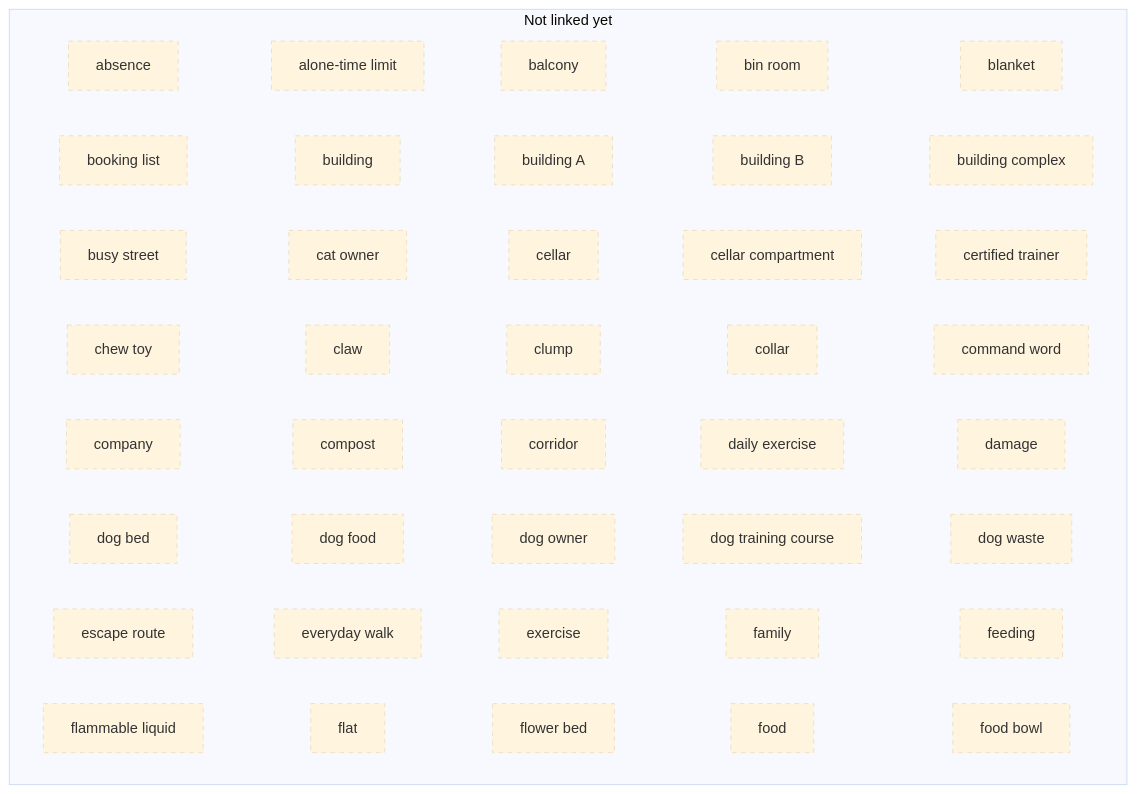
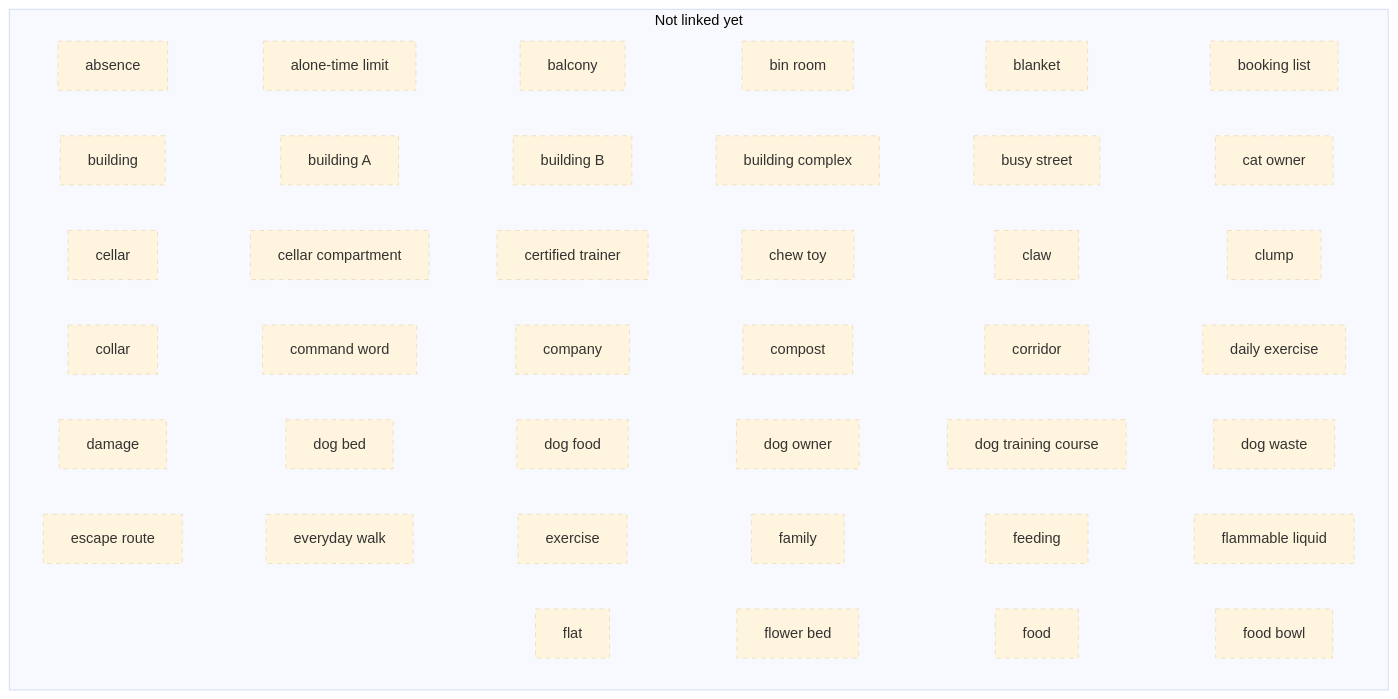
Diagram 13 of 57 in data/ontology-pets-and-house-rules/03_release/00_raw/level-2.md (belaboros/DomainAiAssistant), drawn with Mermaid (base theme) before and after one commit. The commit also changed other lines of this file and 16 other files, not shown here.

First line of the commit message:
T39 (spec 0002): level diagrams near 16:9, is-a edges in relation diagrams

````diff
--- a/data/ontology-pets-and-house-rules/03_release/00_raw/level-2.md
+++ b/data/ontology-pets-and-house-rules/03_release/00_raw/level-2.md
@@ -204,56 +212,55 @@
 ```mermaid
 flowchart TB
     classDef draft stroke-dasharray: 5 5
     subgraph unlinked["Not linked yet"]
     direction LR
         cn_01M82H3S04Z53GFAPY01PTT047["absence"]
         cn_01M82HA4JVD4MJZ6M8W4CVWNW6["alone-time limit"]
         cn_01M82GZMM3VP80T7XD6GS67TSS["balcony"]
         cn_01M82HBAX7NMYFG8GE4P9Y56F4["bin room"]
         cn_01M82GN67QTV2KDH6NRHKR2S03["blanket"]
         cn_01M82HDB2GRFNRYQMSRVHKV6BR["booking list"]
         cn_01M82H7HBZP5REB8E6N9M29JTN["building"]
         cn_01M82HDB2F6BK5KDQ92WEFACHM["building A"]
         cn_01M82HBAX7NMYFG8GE4P9Y56F5["building B"]
         cn_01M82HA4JVD4MJZ6M8W4CVWNW2["building complex"]
         cn_01M82GPB8ZK0N7S1VR303H5EPG["busy street"]
         cn_01M82GY6D4FG58KKX81F7CX0F2["cat owner"]
         cn_01M82HAMBHA8TEWR617B2TSCX1["cellar"]
         cn_01M82HDB2F6BK5KDQ92WEFACHN["cellar compartment"]
         cn_01M82GS0NSGHH6X6DCYVS251C3["certified trainer"]
         cn_01M82GSR24145KC6KF8V0HWF9K["chew toy"]
         cn_01M82GN67QTV2KDH6NRHKR2S01["claw"]
         cn_01M82H1MQPVEX27Q0YHCNZ9WE2["clump"]
         cn_01M82GPB8ZK0N7S1VR303H5EPD["collar"]
         cn_01M82GR8C6YNAW05QP8GX3MF7R["command word"]
         cn_01M82GJP3CRKNX3DNJZDNANDWR["company"]
         cn_01M82H1MQPVEX27Q0YHCNZ9WE5["compost"]
         cn_01M82HBZKCWB6HP1MM7REEF3KG["corridor"]
         cn_01M82GJP3CRKNX3DNJZDNANDWQ["daily exercise"]
         cn_01M82GV0DCSP2BSTQA19ENCPJ1["damage"]
         cn_01M82GN67QTV2KDH6NRHKR2S02["dog bed"]
         cn_01M82H0CT7BJSF0Q3S0YPNSAE9["dog food"]
         cn_01M82GR8C6YNAW05QP8GX3MF7P["dog owner"]
         cn_01M82GS0NSGHH6X6DCYVS251C2["dog training course"]
         cn_01M82GQHZCWYDZ4FY134N19HRE["dog waste"]
         cn_01M82HBZKCWB6HP1MM7REEF3KH["escape route"]
         cn_01M82GPB8ZK0N7S1VR303H5EPF["everyday walk"]
         cn_01M82GKFJ96730WAHGQQD3M95J["exercise"]
         cn_01M82GR8C6YNAW05QP8GX3MF7S["family"]
         cn_01M82GM2G3AM0SX444VHV3202H["feeding"]
         cn_01M82HDB2GRFNRYQMSRVHKV6BS["flammable liquid"]
         cn_01M82GKFJ96730WAHGQQD3M95G["flat"]
         cn_01M82HA4JVD4MJZ6M8W4CVWNW1["flower bed"]
         cn_01M82GY6D4FG58KKX81F7CX0F3["food"]
         cn_01M82GZMM3VP80T7XD6GS67TSN["food bowl"]
-        cn_01M82H3S04Z53GFAPY01PTT047 ~~~ cn_01M82HA4JVD4MJZ6M8W4CVWNW6 ~~~ cn_01M82GZMM3VP80T7XD6GS67TSS ~~~ cn_01M82HBAX7NMYFG8GE4P9Y56F4 ~~~ cn_01M82GN67QTV2KDH6NRHKR2S03
-        cn_01M82HDB2GRFNRYQMSRVHKV6BR ~~~ cn_01M82H7HBZP5REB8E6N9M29JTN ~~~ cn_01M82HDB2F6BK5KDQ92WEFACHM ~~~ cn_01M82HBAX7NMYFG8GE4P9Y56F5 ~~~ cn_01M82HA4JVD4MJZ6M8W4CVWNW2
-        cn_01M82GPB8ZK0N7S1VR303H5EPG ~~~ cn_01M82GY6D4FG58KKX81F7CX0F2 ~~~ cn_01M82HAMBHA8TEWR617B2TSCX1 ~~~ cn_01M82HDB2F6BK5KDQ92WEFACHN ~~~ cn_01M82GS0NSGHH6X6DCYVS251C3
-        cn_01M82GSR24145KC6KF8V0HWF9K ~~~ cn_01M82GN67QTV2KDH6NRHKR2S01 ~~~ cn_01M82H1MQPVEX27Q0YHCNZ9WE2 ~~~ cn_01M82GPB8ZK0N7S1VR303H5EPD ~~~ cn_01M82GR8C6YNAW05QP8GX3MF7R
-        cn_01M82GJP3CRKNX3DNJZDNANDWR ~~~ cn_01M82H1MQPVEX27Q0YHCNZ9WE5 ~~~ cn_01M82HBZKCWB6HP1MM7REEF3KG ~~~ cn_01M82GJP3CRKNX3DNJZDNANDWQ ~~~ cn_01M82GV0DCSP2BSTQA19ENCPJ1
-        cn_01M82GN67QTV2KDH6NRHKR2S02 ~~~ cn_01M82H0CT7BJSF0Q3S0YPNSAE9 ~~~ cn_01M82GR8C6YNAW05QP8GX3MF7P ~~~ cn_01M82GS0NSGHH6X6DCYVS251C2 ~~~ cn_01M82GQHZCWYDZ4FY134N19HRE
-        cn_01M82HBZKCWB6HP1MM7REEF3KH ~~~ cn_01M82GPB8ZK0N7S1VR303H5EPF ~~~ cn_01M82GKFJ96730WAHGQQD3M95J ~~~ cn_01M82GR8C6YNAW05QP8GX3MF7S ~~~ cn_01M82GM2G3AM0SX444VHV3202H
-        cn_01M82HDB2GRFNRYQMSRVHKV6BS ~~~ cn_01M82GKFJ96730WAHGQQD3M95G ~~~ cn_01M82HA4JVD4MJZ6M8W4CVWNW1 ~~~ cn_01M82GY6D4FG58KKX81F7CX0F3 ~~~ cn_01M82GZMM3VP80T7XD6GS67TSN
+        cn_01M82H3S04Z53GFAPY01PTT047 ~~~ cn_01M82HA4JVD4MJZ6M8W4CVWNW6 ~~~ cn_01M82GZMM3VP80T7XD6GS67TSS ~~~ cn_01M82HBAX7NMYFG8GE4P9Y56F4 ~~~ cn_01M82GN67QTV2KDH6NRHKR2S03 ~~~ cn_01M82HDB2GRFNRYQMSRVHKV6BR
+        cn_01M82H7HBZP5REB8E6N9M29JTN ~~~ cn_01M82HDB2F6BK5KDQ92WEFACHM ~~~ cn_01M82HBAX7NMYFG8GE4P9Y56F5 ~~~ cn_01M82HA4JVD4MJZ6M8W4CVWNW2 ~~~ cn_01M82GPB8ZK0N7S1VR303H5EPG ~~~ cn_01M82GY6D4FG58KKX81F7CX0F2
+        cn_01M82HAMBHA8TEWR617B2TSCX1 ~~~ cn_01M82HDB2F6BK5KDQ92WEFACHN ~~~ cn_01M82GS0NSGHH6X6DCYVS251C3 ~~~ cn_01M82GSR24145KC6KF8V0HWF9K ~~~ cn_01M82GN67QTV2KDH6NRHKR2S01 ~~~ cn_01M82H1MQPVEX27Q0YHCNZ9WE2
+        cn_01M82GPB8ZK0N7S1VR303H5EPD ~~~ cn_01M82GR8C6YNAW05QP8GX3MF7R ~~~ cn_01M82GJP3CRKNX3DNJZDNANDWR ~~~ cn_01M82H1MQPVEX27Q0YHCNZ9WE5 ~~~ cn_01M82HBZKCWB6HP1MM7REEF3KG ~~~ cn_01M82GJP3CRKNX3DNJZDNANDWQ
+        cn_01M82GV0DCSP2BSTQA19ENCPJ1 ~~~ cn_01M82GN67QTV2KDH6NRHKR2S02 ~~~ cn_01M82H0CT7BJSF0Q3S0YPNSAE9 ~~~ cn_01M82GR8C6YNAW05QP8GX3MF7P ~~~ cn_01M82GS0NSGHH6X6DCYVS251C2 ~~~ cn_01M82GQHZCWYDZ4FY134N19HRE
+        cn_01M82HBZKCWB6HP1MM7REEF3KH ~~~ cn_01M82GPB8ZK0N7S1VR303H5EPF ~~~ cn_01M82GKFJ96730WAHGQQD3M95J ~~~ cn_01M82GR8C6YNAW05QP8GX3MF7S ~~~ cn_01M82GM2G3AM0SX444VHV3202H ~~~ cn_01M82HDB2GRFNRYQMSRVHKV6BS
+        cn_01M82GKFJ96730WAHGQQD3M95G ~~~ cn_01M82HA4JVD4MJZ6M8W4CVWNW1 ~~~ cn_01M82GY6D4FG58KKX81F7CX0F3 ~~~ cn_01M82GZMM3VP80T7XD6GS67TSN
     end
     class cn_01M82H3S04Z53GFAPY01PTT047,cn_01M82HA4JVD4MJZ6M8W4CVWNW6,cn_01M82GZMM3VP80T7XD6GS67TSS,cn_01M82HBAX7NMYFG8GE4P9Y56F4,cn_01M82GN67QTV2KDH6NRHKR2S03,cn_01M82HDB2GRFNRYQMSRVHKV6BR,cn_01M82H7HBZP5REB8E6N9M29JTN,cn_01M82HDB2F6BK5KDQ92WEFACHM,cn_01M82HBAX7NMYFG8GE4P9Y56F5,cn_01M82HA4JVD4MJZ6M8W4CVWNW2,cn_01M82GPB8ZK0N7S1VR303H5EPG,cn_01M82GY6D4FG58KKX81F7CX0F2,cn_01M82HAMBHA8TEWR617B2TSCX1,cn_01M82HDB2F6BK5KDQ92WEFACHN,cn_01M82GS0NSGHH6X6DCYVS251C3,cn_01M82GSR24145KC6KF8V0HWF9K,cn_01M82GN67QTV2KDH6NRHKR2S01,cn_01M82H1MQPVEX27Q0YHCNZ9WE2,cn_01M82GPB8ZK0N7S1VR303H5EPD,cn_01M82GR8C6YNAW05QP8GX3MF7R,cn_01M82GJP3CRKNX3DNJZDNANDWR,cn_01M82H1MQPVEX27Q0YHCNZ9WE5,cn_01M82HBZKCWB6HP1MM7REEF3KG,cn_01M82GJP3CRKNX3DNJZDNANDWQ,cn_01M82GV0DCSP2BSTQA19ENCPJ1,cn_01M82GN67QTV2KDH6NRHKR2S02,cn_01M82H0CT7BJSF0Q3S0YPNSAE9,cn_01M82GR8C6YNAW05QP8GX3MF7P,cn_01M82GS0NSGHH6X6DCYVS251C2,cn_01M82GQHZCWYDZ4FY134N19HRE,cn_01M82HBZKCWB6HP1MM7REEF3KH,cn_01M82GPB8ZK0N7S1VR303H5EPF,cn_01M82GKFJ96730WAHGQQD3M95J,cn_01M82GR8C6YNAW05QP8GX3MF7S,cn_01M82GM2G3AM0SX444VHV3202H,cn_01M82HDB2GRFNRYQMSRVHKV6BS,cn_01M82GKFJ96730WAHGQQD3M95G,cn_01M82HA4JVD4MJZ6M8W4CVWNW1,cn_01M82GY6D4FG58KKX81F7CX0F3,cn_01M82GZMM3VP80T7XD6GS67TSN draft
 ```
````
